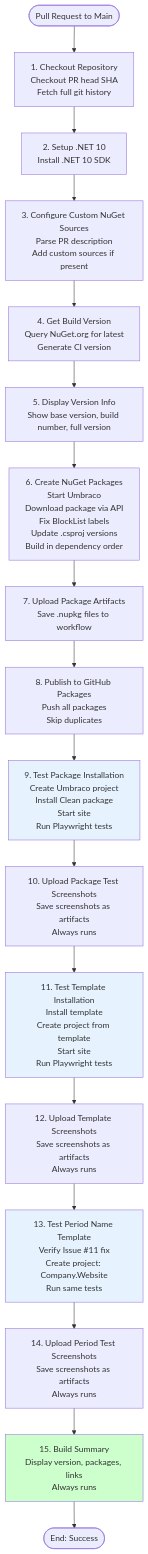
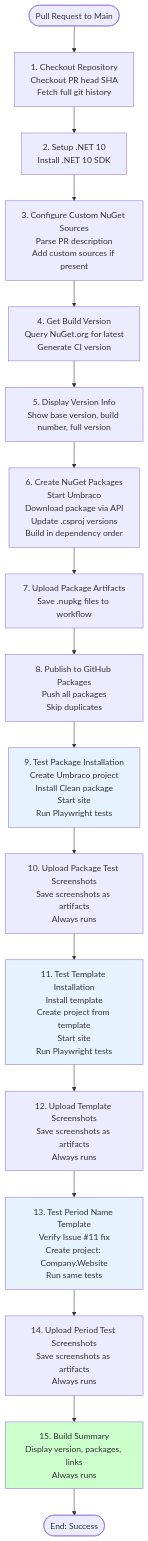
Before and after one commit to prjseal/Clean: the second of 2 diagrams in .github/workflow-pr.md, drawn with Mermaid. The commit also changed 664 other files, not shown here.

````diff
--- a/.github/workflow-pr.md
+++ b/.github/workflow-pr.md
@@ -480,38 +480,38 @@
 ```mermaid
 flowchart TD
     Start([Pull Request to Main]) --> Checkout[1. Checkout Repository<br/>Checkout PR head SHA<br/>Fetch full git history]
     Checkout --> DotNet[2. Setup .NET 10<br/>Install .NET 10 SDK]
     
     DotNet --> CustomSources[3. Configure Custom NuGet Sources<br/>Parse PR description<br/>Add custom sources if present]
     
     CustomSources --> GetVersion[4. Get Build Version<br/>Query NuGet.org for latest<br/>Generate CI version]
     
     GetVersion --> ShowVersion[5. Display Version Info<br/>Show base version, build number, full version]
     
-    ShowVersion --> CreatePackages[6. Create NuGet Packages<br/>Start Umbraco<br/>Download package via API<br/>Fix BlockList labels<br/>Update .csproj versions<br/>Build in dependency order]
+    ShowVersion --> CreatePackages[6. Create NuGet Packages<br/>Start Umbraco<br/>Download package via API<br/>Update .csproj versions<br/>Build in dependency order]
     
     CreatePackages --> UploadArtifacts[7. Upload Package Artifacts<br/>Save .nupkg files to workflow]
     
     UploadArtifacts --> PublishGH[8. Publish to GitHub Packages<br/>Push all packages<br/>Skip duplicates]
     
     PublishGH --> TestPackage[9. Test Package Installation<br/>Create Umbraco project<br/>Install Clean package<br/>Start site<br/>Run Playwright tests]
     
     TestPackage --> UploadPkgScreenshots[10. Upload Package Test Screenshots<br/>Save screenshots as artifacts<br/>Always runs]
     
     UploadPkgScreenshots --> TestTemplate[11. Test Template Installation<br/>Install template<br/>Create project from template<br/>Start site<br/>Run Playwright tests]
     
     TestTemplate --> UploadTplScreenshots[12. Upload Template Screenshots<br/>Save screenshots as artifacts<br/>Always runs]
     
     UploadTplScreenshots --> TestPeriod[13. Test Period Name Template<br/>Verify Issue #11 fix<br/>Create project: Company.Website<br/>Run same tests]
     
     TestPeriod --> UploadPeriodScreenshots[14. Upload Period Test Screenshots<br/>Save screenshots as artifacts<br/>Always runs]
     
     UploadPeriodScreenshots --> Summary[15. Build Summary<br/>Display version, packages, links<br/>Always runs]
     
     Summary --> End([End: Success])
     
     style TestPackage fill:#e6f3ff
     style TestTemplate fill:#e6f3ff
     style TestPeriod fill:#e6f3ff
     style Summary fill:#ccffcc
 ```
````
